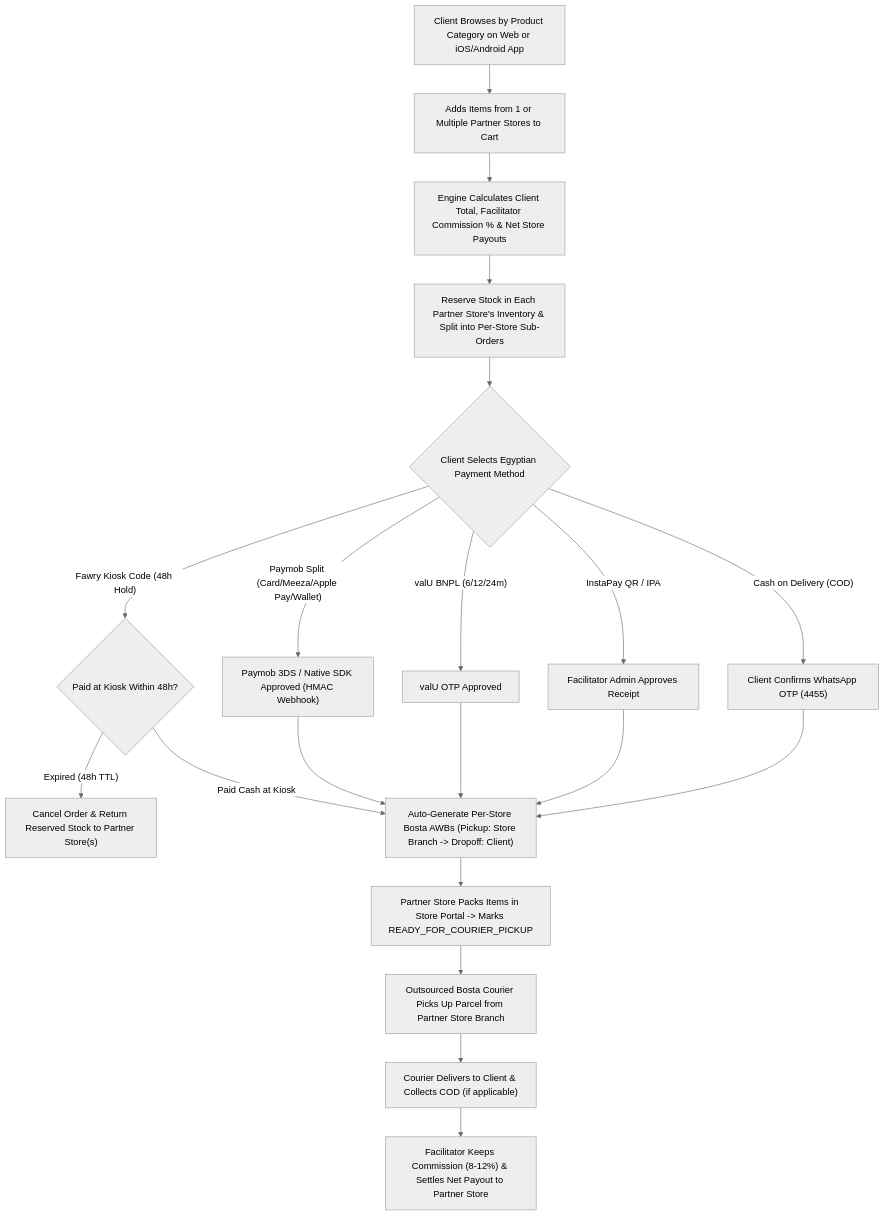
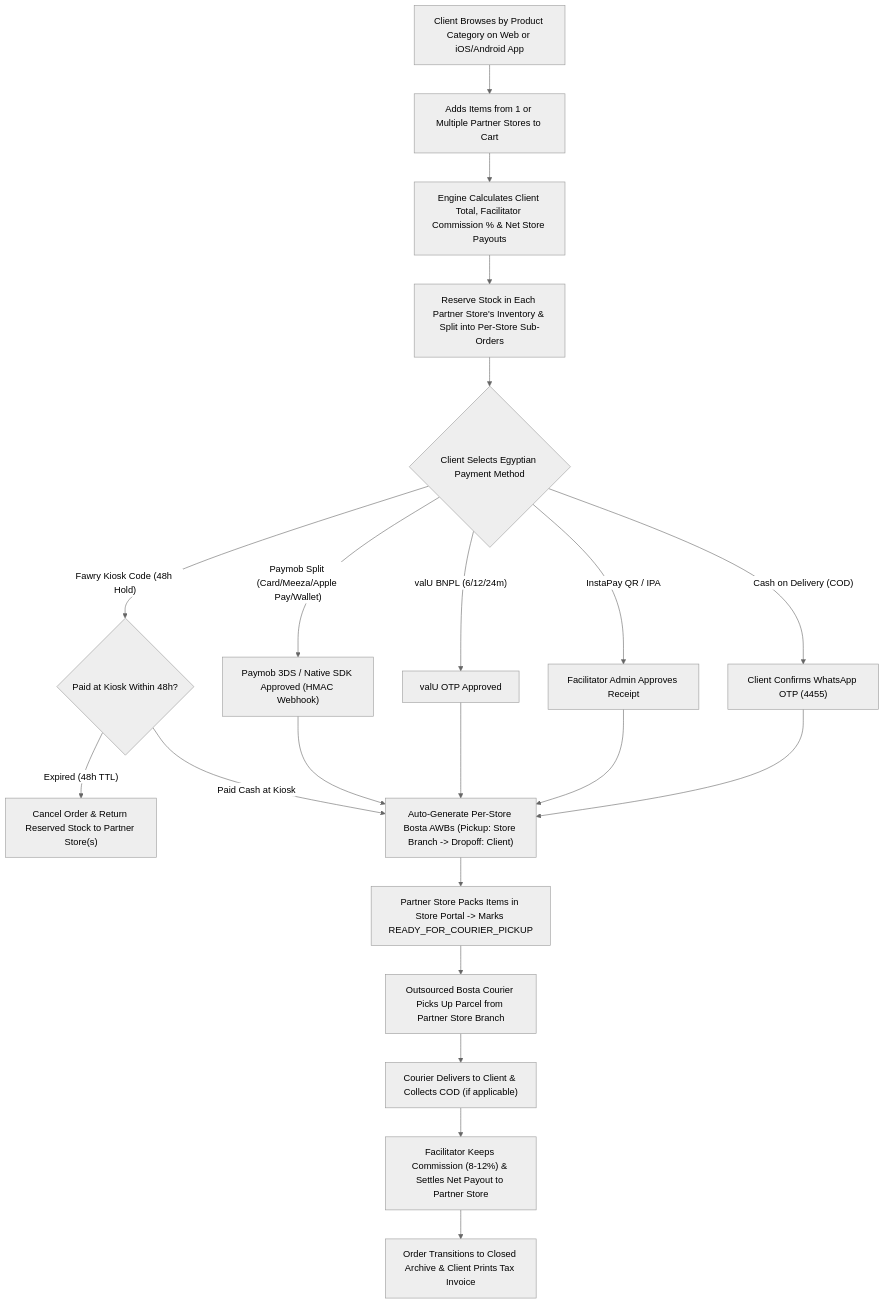
The diagram in docs/BRD_Egypt_Ecommerce.md (Sameh1122/bassem_sales), drawn with Mermaid (neutral theme) before and after one commit. The commit also changed other lines of this file and 10 other files, not shown here.

Commit message:
feat: add client order monitoring & historical closed orders, printable tax invoices, update docs & export PDFs

````diff
--- a/docs/BRD_Egypt_Ecommerce.md
+++ b/docs/BRD_Egypt_Ecommerce.md
@@ -52,26 +60,27 @@
 ```mermaid
 flowchart TD
     Client["Client Browses by Product Category on Web or iOS/Android App"] --> Cart["Adds Items from 1 or Multiple Partner Stores to Cart"]
     Cart --> SplitCalc["Engine Calculates Client Total, Facilitator Commission % & Net Store Payouts"]
     SplitCalc --> Reserve["Reserve Stock in Each Partner Store's Inventory & Split into Per-Store Sub-Orders"]
 
     Reserve --> PayChoice{"Client Selects Egyptian Payment Method"}
     PayChoice -->|"Paymob Split (Card/Meeza/Apple Pay/Wallet)"| Paymob["Paymob 3DS / Native SDK Approved (HMAC Webhook)"]
     PayChoice -->|"valU BNPL (6/12/24m)"| ValU["valU OTP Approved"]
     PayChoice -->|"Fawry Kiosk Code (48h Hold)"| Fawry{"Paid at Kiosk Within 48h?"}
     PayChoice -->|"InstaPay QR / IPA"| Insta["Facilitator Admin Approves Receipt"]
     PayChoice -->|"Cash on Delivery (COD)"| WA["Client Confirms WhatsApp OTP (4455)"]
 
     Fawry -->|"Expired (48h TTL)"| Release["Cancel Order & Return Reserved Stock to Partner Store(s)"]
     Fawry -->|"Paid Cash at Kiosk"| Dispatch
 
     Paymob --> Dispatch["Auto-Generate Per-Store Bosta AWBs (Pickup: Store Branch -> Dropoff: Client)"]
     ValU --> Dispatch
     Insta --> Dispatch
     WA --> Dispatch
 
     Dispatch --> StorePack["Partner Store Packs Items in Store Portal -> Marks READY_FOR_COURIER_PICKUP"]
     StorePack --> CourierPickup["Outsourced Bosta Courier Picks Up Parcel from Partner Store Branch"]
     CourierPickup --> Deliver["Courier Delivers to Client & Collects COD (if applicable)"]
     Deliver --> Settle["Facilitator Keeps Commission (8-12%) & Settles Net Payout to Partner Store"]
+    Settle --> Archive["Order Transitions to Closed Archive & Client Prints Tax Invoice"]
 ```
````
